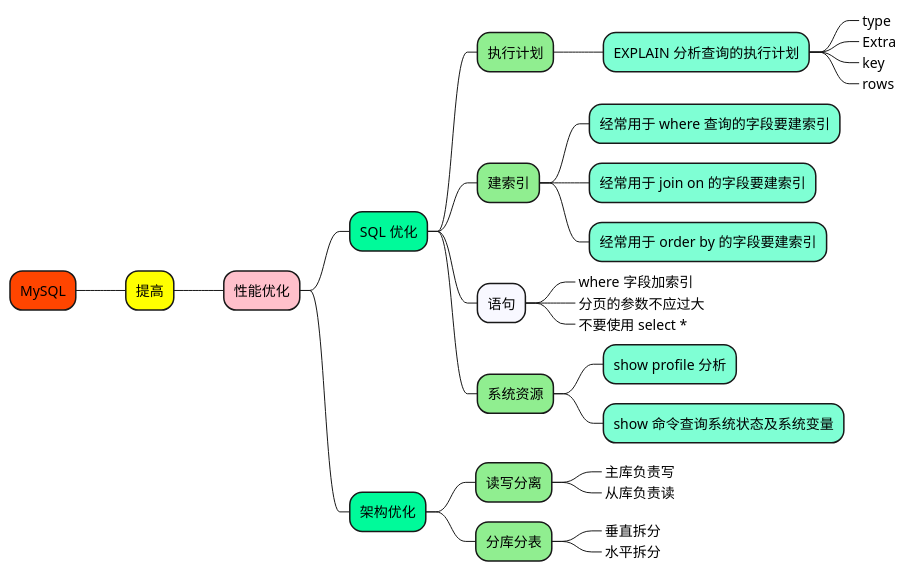
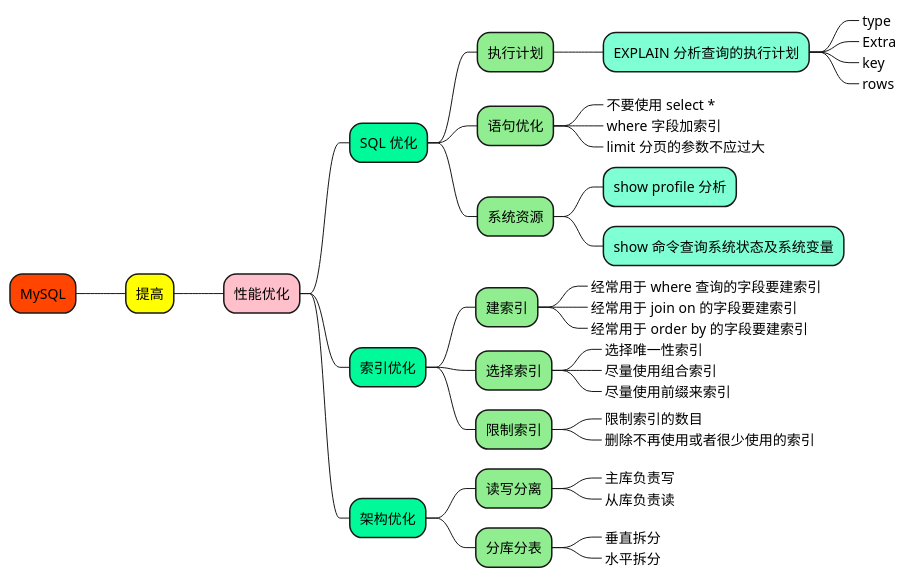
The diagram in 1_map/database/MySQL-提高.puml (doveg/self-cultivation-of-a-software-engineer), drawn with PlantUML before and after one commit. The commit also changed 16 other files, not shown here.

```diff
--- a/1_map/database/MySQL-提高.puml
+++ b/1_map/database/MySQL-提高.puml
@@ -1,43 +1,52 @@
 @startmindmap
 
 +[#OrangeRed] MySQL
 
 ++[#yellow] 提高
 
 +++[#Pink] 性能优化
 
 ++++[#MediumSpringGreen] SQL 优化
 
 +++++[#LightGreen] 执行计划
 ++++++[#Aquamarine] EXPLAIN 分析查询的执行计划
 +++++++[#Aquamarine]_ type
 +++++++[#Aquamarine]_ Extra
 +++++++[#Aquamarine]_ key
 +++++++[#Aquamarine]_ rows
 
-+++++[#LightGreen] 建索引
-++++++[#Aquamarine] 经常用于 where 查询的字段要建索引
-++++++[#Aquamarine] 经常用于 join on 的字段要建索引
-++++++[#Aquamarine] 经常用于 order by 的字段要建索引
-
-+++++[#GhostWhite] 语句
++++++[#LightGreen] 语句优化
+++++++[#LightBlue]_ 不要使用 select *
 ++++++[#LightBlue]_ where 字段加索引
-++++++[#LightBlue]_ 分页的参数不应过大
-++++++[#LightBlue]_ 不要使用 select *
+++++++[#LightBlue]_ limit 分页的参数不应过大
 
 +++++[#LightGreen] 系统资源
 ++++++[#Aquamarine] show profile 分析
 ++++++[#Aquamarine] show 命令查询系统状态及系统变量
+
+++++[#MediumSpringGreen] 索引优化
++++++[#LightGreen] 建索引
+++++++[#Aquamarine]_ 经常用于 where 查询的字段要建索引
+++++++[#Aquamarine]_ 经常用于 join on 的字段要建索引
+++++++[#Aquamarine]_ 经常用于 order by 的字段要建索引
++++++[#LightGreen] 选择索引
+++++++[#Aquamarine]_ 选择唯一性索引
+++++++[#Aquamarine]_ 尽量使用组合索引
+++++++[#Aquamarine]_ 尽量使用前缀来索引
++++++[#LightGreen] 限制索引
+++++++[#Aquamarine]_ 限制索引的数目
+++++++[#Aquamarine]_ 删除不再使用或者很少使用的索引
+
 
 ++++[#MediumSpringGreen] 架构优化
 
 +++++[#LightGreen] 读写分离
 ++++++[#Aquamarine]_ 主库负责写
 ++++++[#Aquamarine]_ 从库负责读
 
 +++++[#LightGreen] 分库分表
 ++++++[#Aquamarine]_ 垂直拆分
 ++++++[#Aquamarine]_ 水平拆分
 
 
 @endmindmap
```
